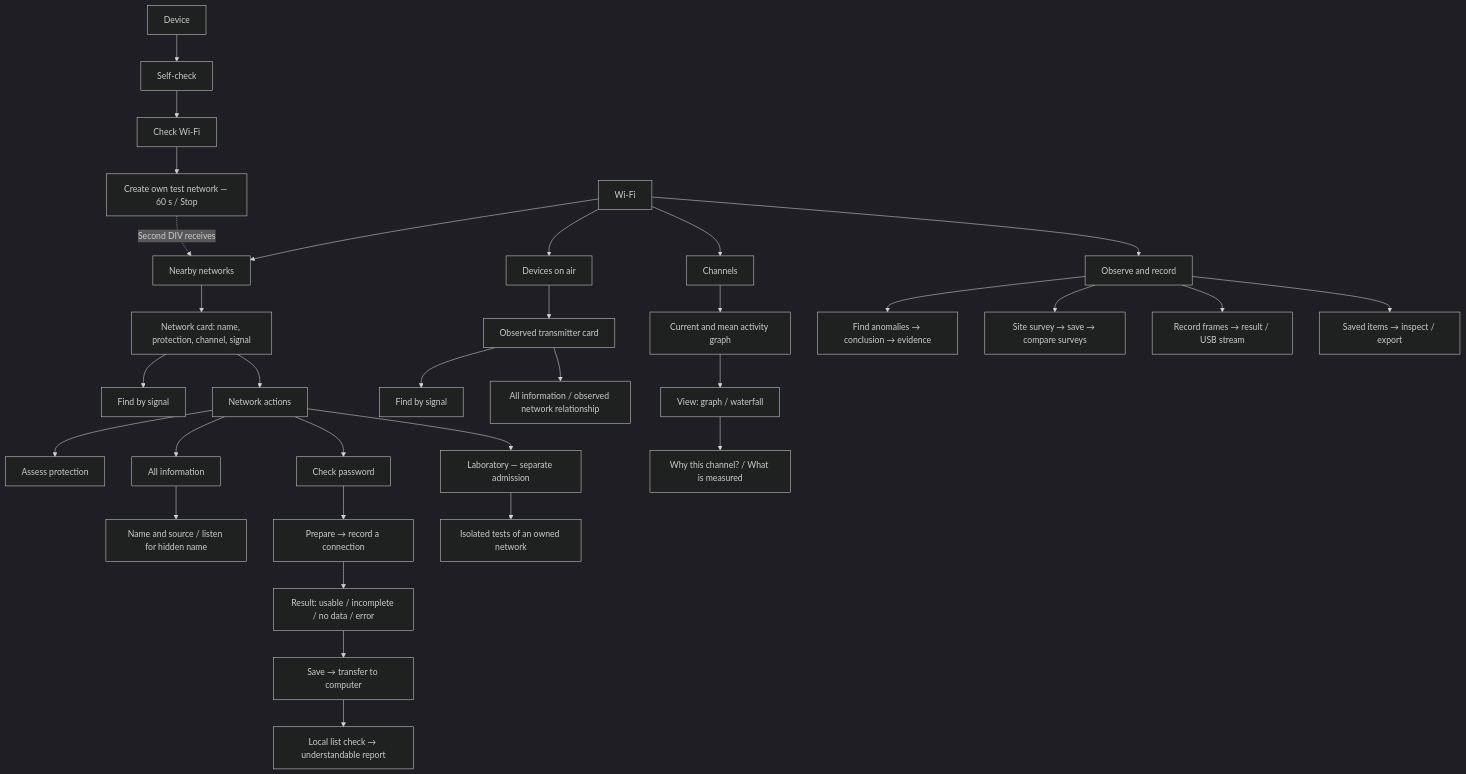
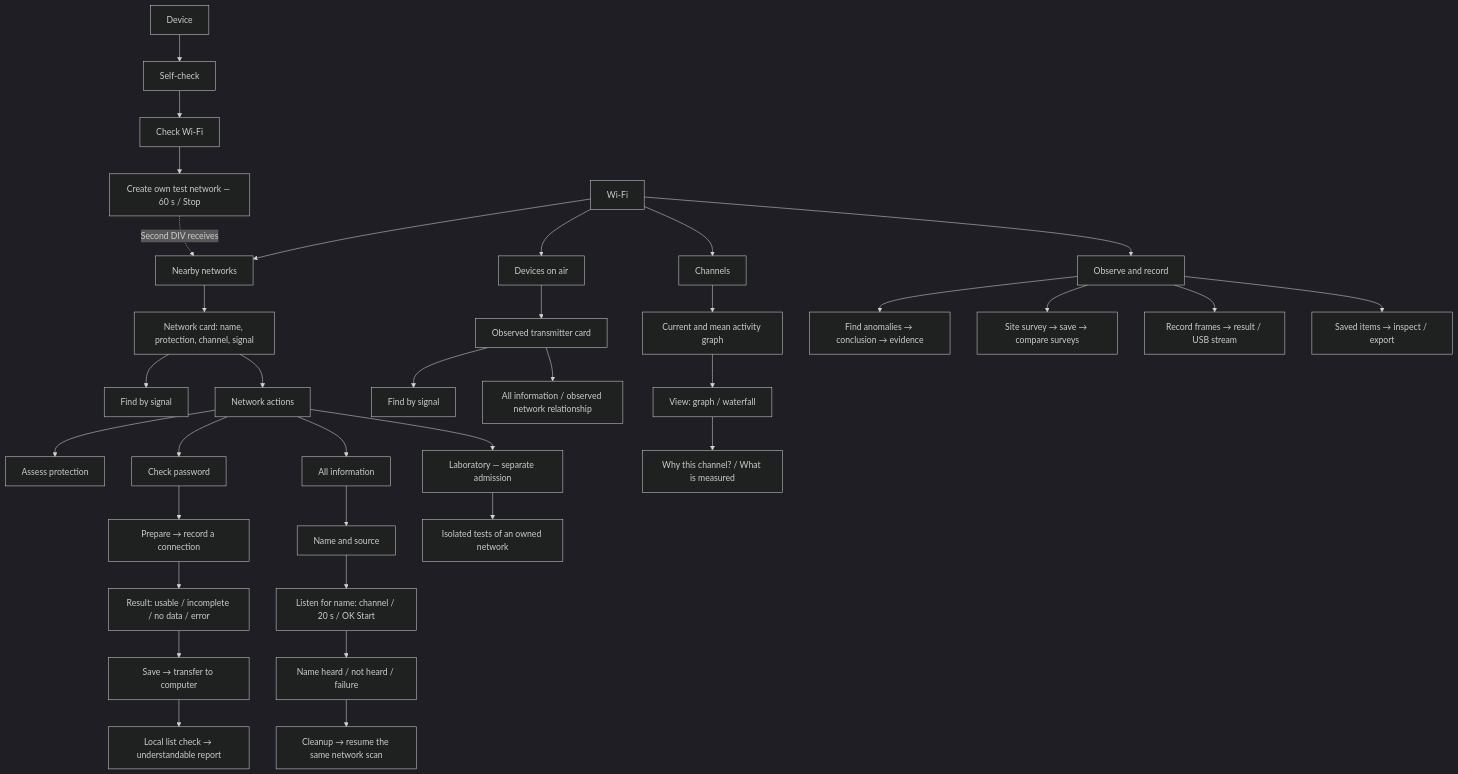
The diagram in docs/v1/WIFI_UX_MAP.md (anton-vinogradov/esp32-leshy), drawn with Mermaid (dark theme) before and after one commit. The commit also changed other lines of this file and 16 other files, not shown here.

````diff
--- a/docs/v1/WIFI_UX_MAP.md
+++ b/docs/v1/WIFI_UX_MAP.md
@@ -58,33 +66,36 @@
 ```mermaid
 flowchart TD
     DEV["Device"] --> SELF["Self-check"] --> TEST["Check Wi-Fi"]
     TEST --> START["Create own test network — 60 s / Stop"]
     START -. "Second DIV receives" .-> N
     W["Wi-Fi"] --> N["Nearby networks"]
     W --> D["Devices on air"]
     W --> C["Channels"]
     W --> O["Observe and record"]
     N --> NC["Network card: name, protection, channel, signal"]
     NC --> NR["Find by signal"]
     NC --> A["Network actions"]
     A --> S["Assess protection"]
     A --> P["Check password"]
     A --> F["All information"]
     A --> L["Laboratory — separate admission"]
-    F --> H["Name and source / listen for hidden name"]
+    F --> H["Name and source"]
+    H --> NL["Listen for name: channel / 20 s / OK Start"]
+    NL --> NE["Name heard / not heard / failure"]
+    NE --> NS["Cleanup → resume the same network scan"]
     P --> PR["Prepare → record a connection"]
     PR --> R["Result: usable / incomplete / no data / error"]
     R --> X["Save → transfer to computer"]
     X --> PC["Local list check → understandable report"]
     D --> DC["Observed transmitter card"]
     DC --> DR["Find by signal"]
     DC --> DF["All information / observed network relationship"]
     C --> G["Current and mean activity graph"]
     G --> V["View: graph / waterfall"]
     V --> WHY["Why this channel? / What is measured"]
     O --> AN["Find anomalies → conclusion → evidence"]
     O --> SU["Site survey → save → compare surveys"]
     O --> CAP["Record frames → result / USB stream"]
     O --> LIB["Saved items → inspect / export"]
     L --> LAB["Isolated tests of an owned network"]
 ```
````
